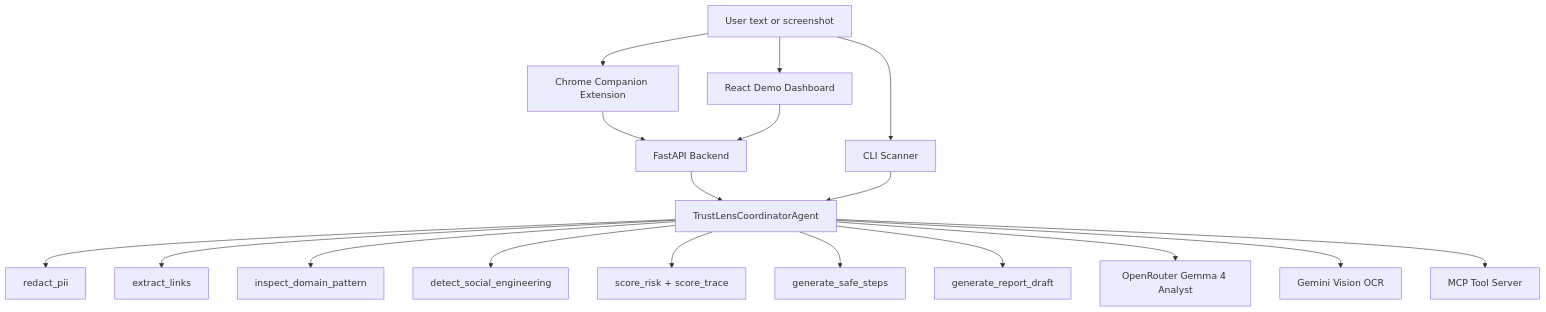
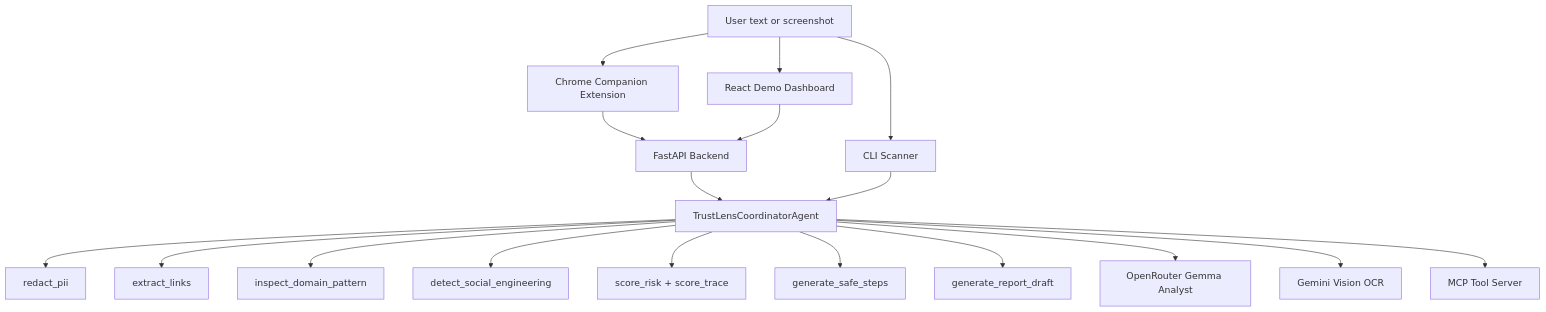
The diagram in README.md (git-clowie/trustlens-agent), drawn with Mermaid before and after one commit. The commit also changed other lines of this file and 19 other files, not shown here.

````diff
--- a/README.md
+++ b/README.md
@@ -28,20 +28,20 @@
 ```mermaid
 flowchart TD
   User["User text or screenshot"] --> Web["React Demo Dashboard"]
   User --> Ext["Chrome Companion Extension"]
   User --> CLI["CLI Scanner"]
   Ext --> API
   Web --> API["FastAPI Backend"]
   API --> Agent["TrustLensCoordinatorAgent"]
   CLI --> Agent
   Agent --> PII["redact_pii"]
   Agent --> Links["extract_links"]
   Agent --> Domains["inspect_domain_pattern"]
   Agent --> Social["detect_social_engineering"]
   Agent --> Score["score_risk + score_trace"]
   Agent --> Steps["generate_safe_steps"]
   Agent --> Report["generate_report_draft"]
-  Agent --> Gemma["OpenRouter Gemma 4 Analyst"]
+  Agent --> Gemma["OpenRouter Gemma Analyst"]
   Agent --> OCR["Gemini Vision OCR"]
   Agent --> MCP["MCP Tool Server"]
 ```
````
